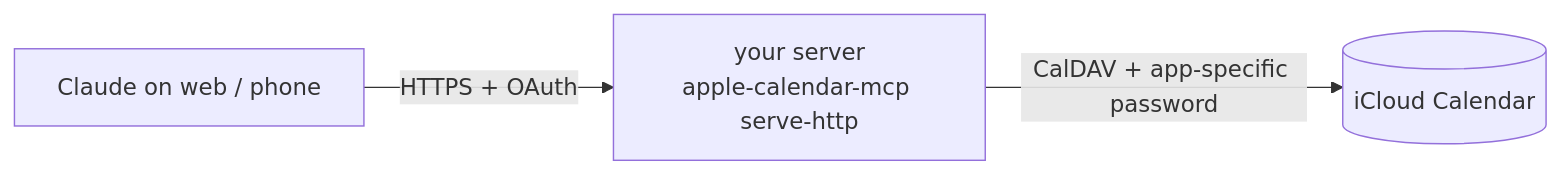
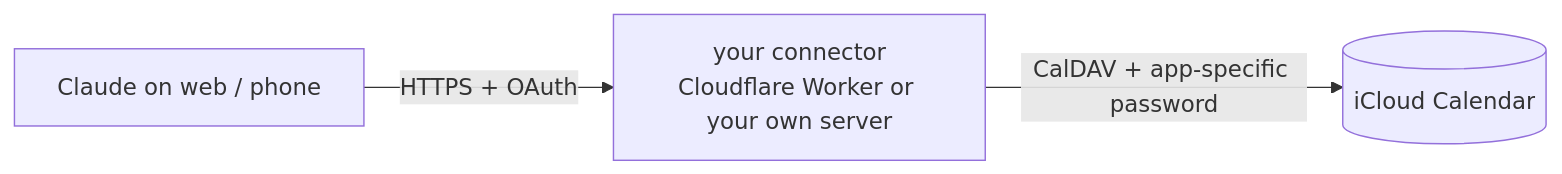
Before and after one commit to oguz-kagan-gocmez-edu/apple-calendar-mcp: the second of 2 diagrams in README.md, drawn with Mermaid. The commit also changed other lines of this file and 34 other files, not shown here.

First line of the commit message:
Add a Cloudflare Workers version of the remote connector

````diff
--- a/README.md
+++ b/README.md
@@ -140,5 +140,5 @@
 ```mermaid
 flowchart LR
-    A[Claude on web / phone] -- "HTTPS + OAuth" --> B[your server<br/>apple-calendar-mcp serve-http]
+    A[Claude on web / phone] -- "HTTPS + OAuth" --> B[your connector<br/>Cloudflare Worker or your own server]
     B -- "CalDAV + app-specific password" --> C[(iCloud Calendar)]
 ```
````
